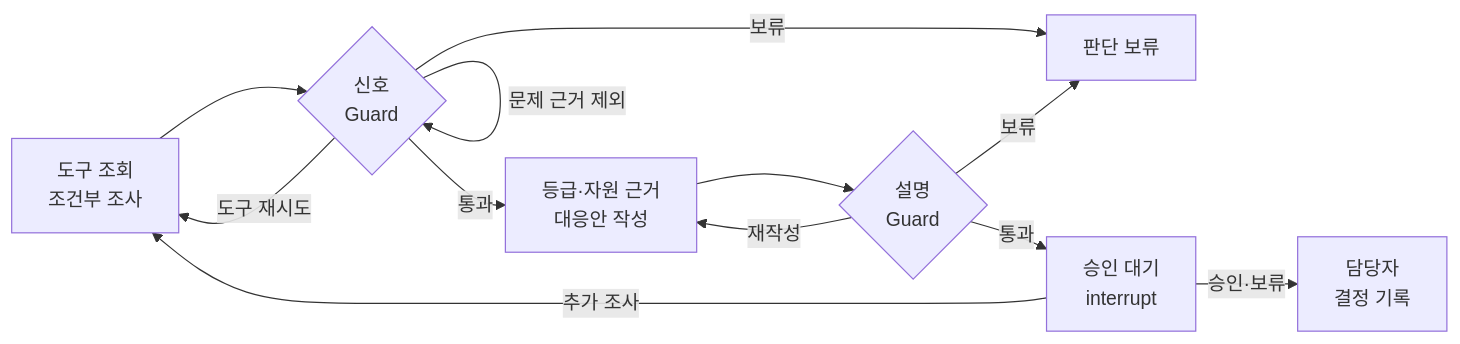
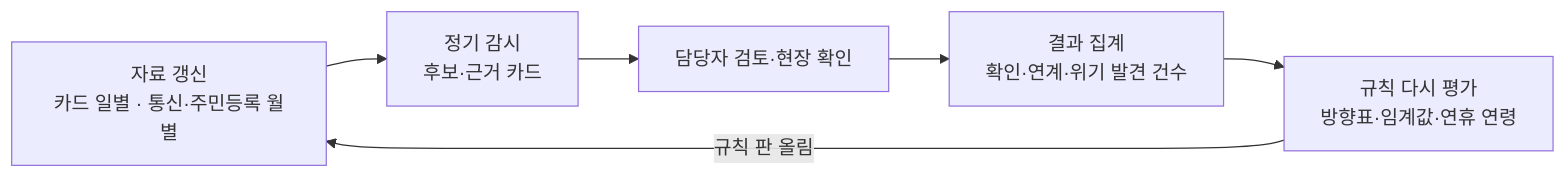
One commit to taeyeon715/BigDataContest_social-isolation-LINK-Radar changed the second of 2 diagrams in README.md. Above: the diagram before and after it, drawn with Mermaid. The commit also changed other lines of this file and 2 other files, not shown here.

````diff
--- a/README.md
+++ b/README.md
@@ -112,14 +363,8 @@
 ```mermaid
-%%{init: {"flowchart": {"rankSpacing": 20, "nodeSpacing": 20}}}%%
 flowchart LR
-    A["도구 조회<br/>조건부 조사"] --> C{"신호<br/>Guard"}
-    C -->|도구 재시도| A
-    C -->|문제 근거 제외| C
-    C -->|보류| Z["판단 보류"]
-    C -->|통과| D["등급·자원 근거<br/>대응안 작성"] --> F{"설명<br/>Guard"}
-    F -->|재작성| D
-    F -->|보류| Z
-    F -->|통과| I["승인 대기<br/>interrupt"]
-    I -->|추가 조사| A
-    I -->|승인·보류| J["담당자<br/>결정 기록"]
+    A["자료 갱신<br/>카드 일별 · 통신·주민등록 월별"] --> B["정기 감시<br/>후보·근거 카드"]
+    B --> C["담당자 검토·현장 확인"]
+    C --> D["결과 집계<br/>확인·연계·위기 발견 건수"]
+    D --> E["규칙 다시 평가<br/>방향표·임계값·연휴 연령"]
+    E -->|"규칙 판 올림"| A
 ```
````
